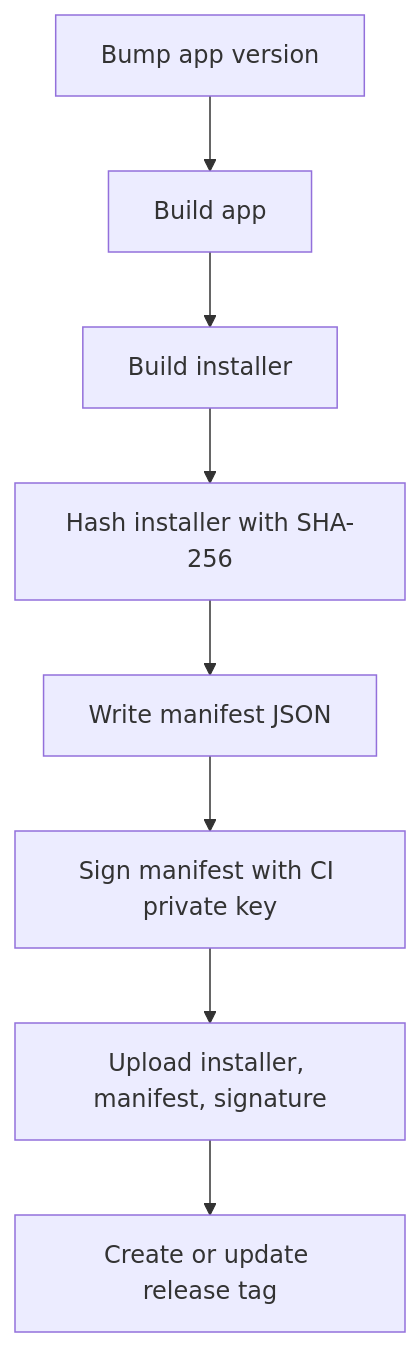
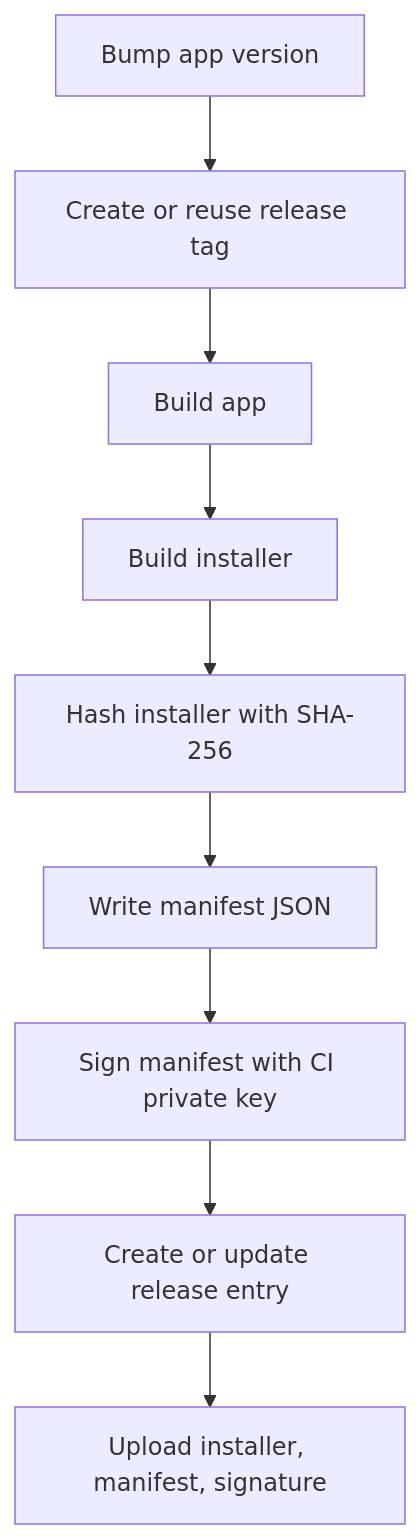
The first of 3 diagrams in updater.md (rockenrooster/FastTaskMgr), drawn with Mermaid before and after one commit. The commit also changed other lines of this file and 5 other files, not shown here.

````diff
--- a/updater.md
+++ b/updater.md
@@ -22,10 +22,11 @@
 ```mermaid
 flowchart TD
-    A["Bump app version"] --> B["Build app"]
-    B --> C["Build installer"]
-    C --> D["Hash installer with SHA-256"]
-    D --> E["Write manifest JSON"]
-    E --> F["Sign manifest with CI private key"]
-    F --> G["Upload installer, manifest, signature"]
-    G --> H["Create or update release tag"]
+    A["Bump app version"] --> B["Create or reuse release tag"]
+    B --> C["Build app"]
+    C --> D["Build installer"]
+    D --> E["Hash installer with SHA-256"]
+    E --> F["Write manifest JSON"]
+    F --> G["Sign manifest with CI private key"]
+    G --> H["Create or update release entry"]
+    H --> I["Upload installer, manifest, signature"]
 ```
````
